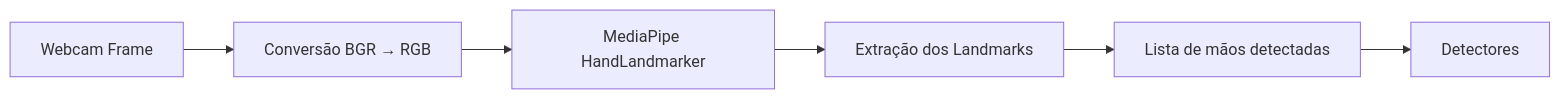
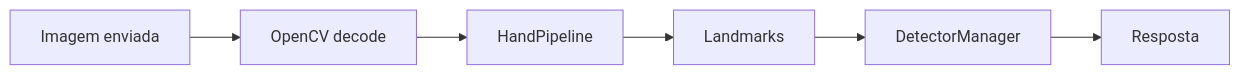
Before and after one commit to CarlosEduFF/Li-Vision: the second of 2 diagrams in docs/architecture/pipeline.md, drawn with Mermaid. The commit also changed other lines of this file and 22 other files, not shown here.

````diff
--- a/docs/architecture/pipeline.md
+++ b/docs/architecture/pipeline.md
@@ -32,8 +28,8 @@
 ```mermaid
-graph LR
-A[Webcam Frame] --> B[Conversão BGR → RGB]
-B --> C[MediaPipe HandLandmarker]
-C --> D[Extração dos Landmarks]
-D --> E[Lista de mãos detectadas]
-E --> F[Detectores]
+flowchart LR
+    I[Imagem enviada] --> C[OpenCV decode]
+    C --> P[HandPipeline]
+    P --> L[Landmarks]
+    L --> D[DetectorManager]
+    D --> R[Resposta]
 ```
````
